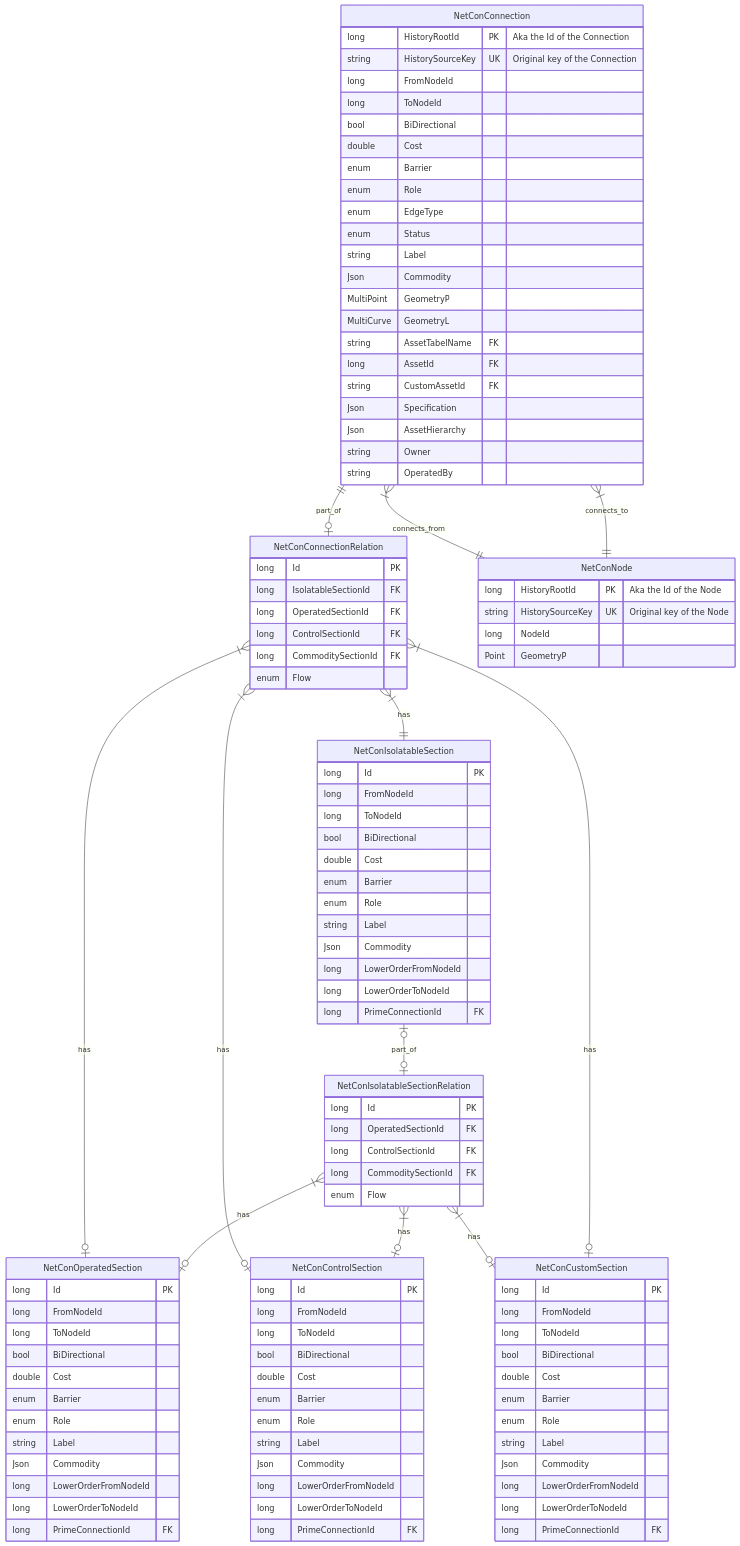
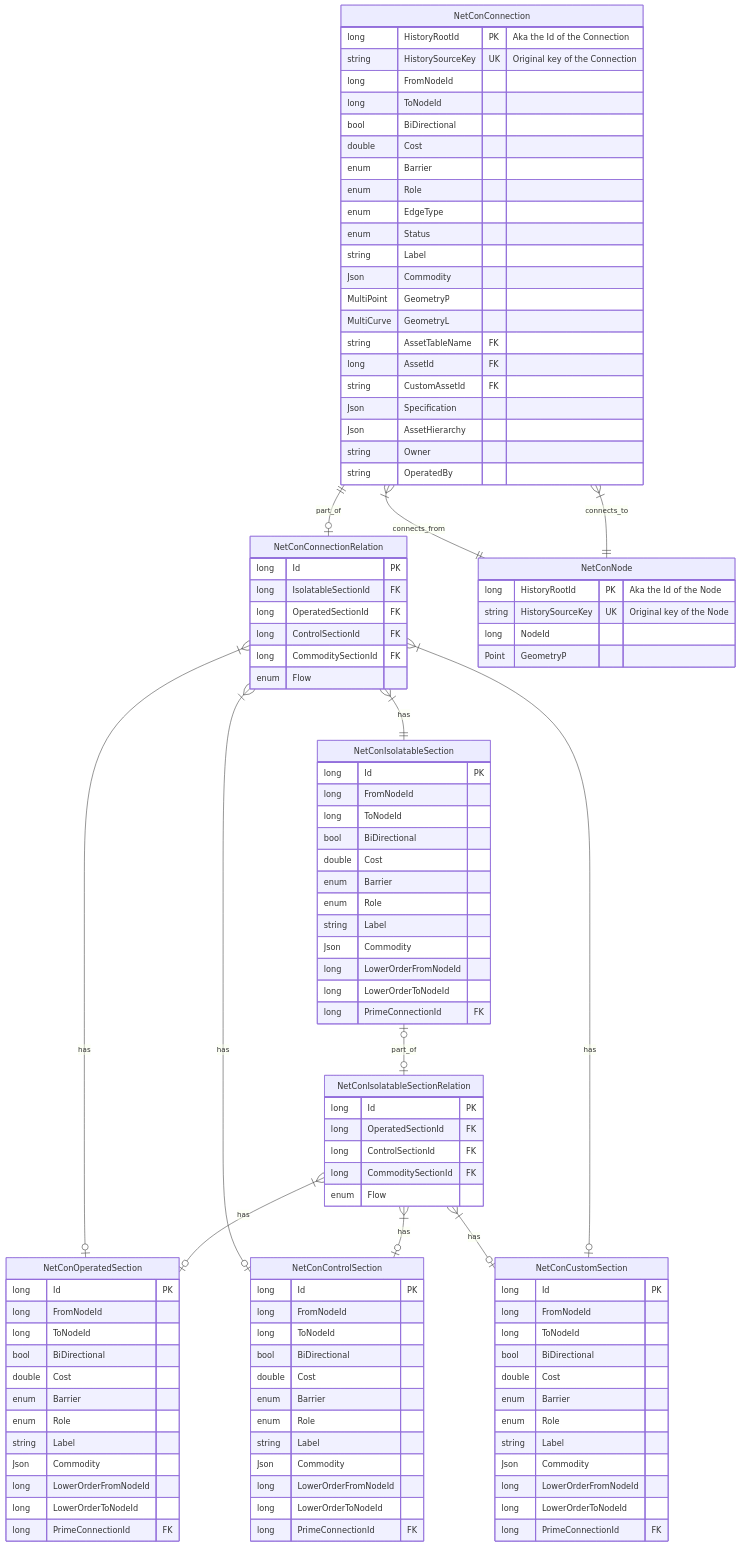
Before and after one commit to spatialeye/NetCon: the second of 2 diagrams in content/3 Overview/Network Sections.md, drawn with Mermaid. The commit also changed other lines of this file and 44 other files, not shown here.

```diff
--- a/content/3 Overview/Network Sections.md
+++ b/content/3 Overview/Network Sections.md
@@ -115,7 +115,7 @@
     Json Commodity
     MultiPoint GeometryP
     MultiCurve GeometryL
-    string AssetTabelName FK
+    string AssetTableName FK
     long AssetId FK
     string CustomAssetId FK
     Json Specification
```
